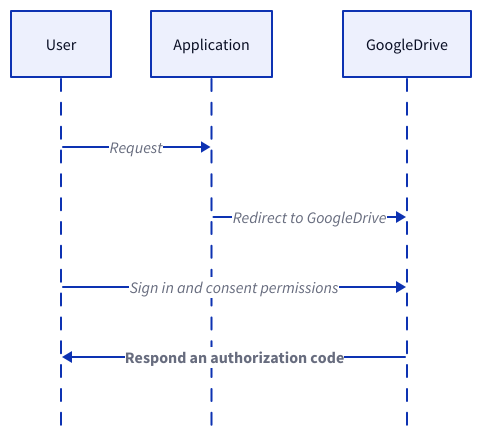
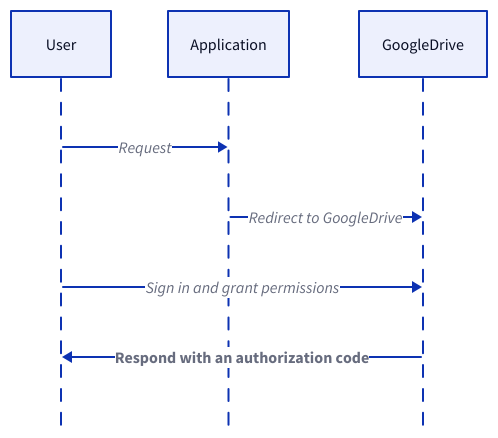
Diagram 22 of 26 in content/system-administration/system-protection/iam.md (link1905/system-design-101), drawn with D2 before and after one commit. The commit also changed other lines of this file and 42 other files, not shown here.

````diff
--- a/content/system-administration/system-protection/iam.md
+++ b/content/system-administration/system-protection/iam.md
@@ -833,18 +826,18 @@
 ```d2
 shape: sequence_diagram
 u: User {
   class: client
 }
 s: Application {
   class: server
 }
 g: GoogleDrive {
   class: google
 }
 u -> s: Request
 s -> g: Redirect to GoogleDrive
-u -> g: Sign in and consent permissions
-g -> u: Respond an authorization code {
+u -> g: Sign in and grant permissions
+g -> u: Respond with an authorization code {
   style.bold: true
 }
 ```
````
